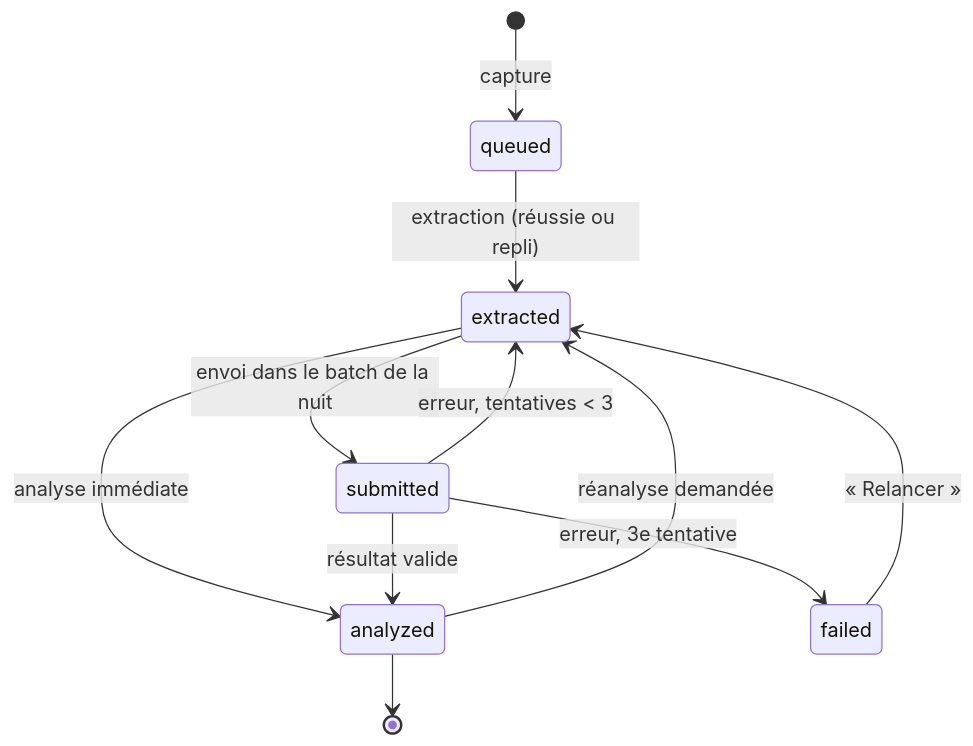
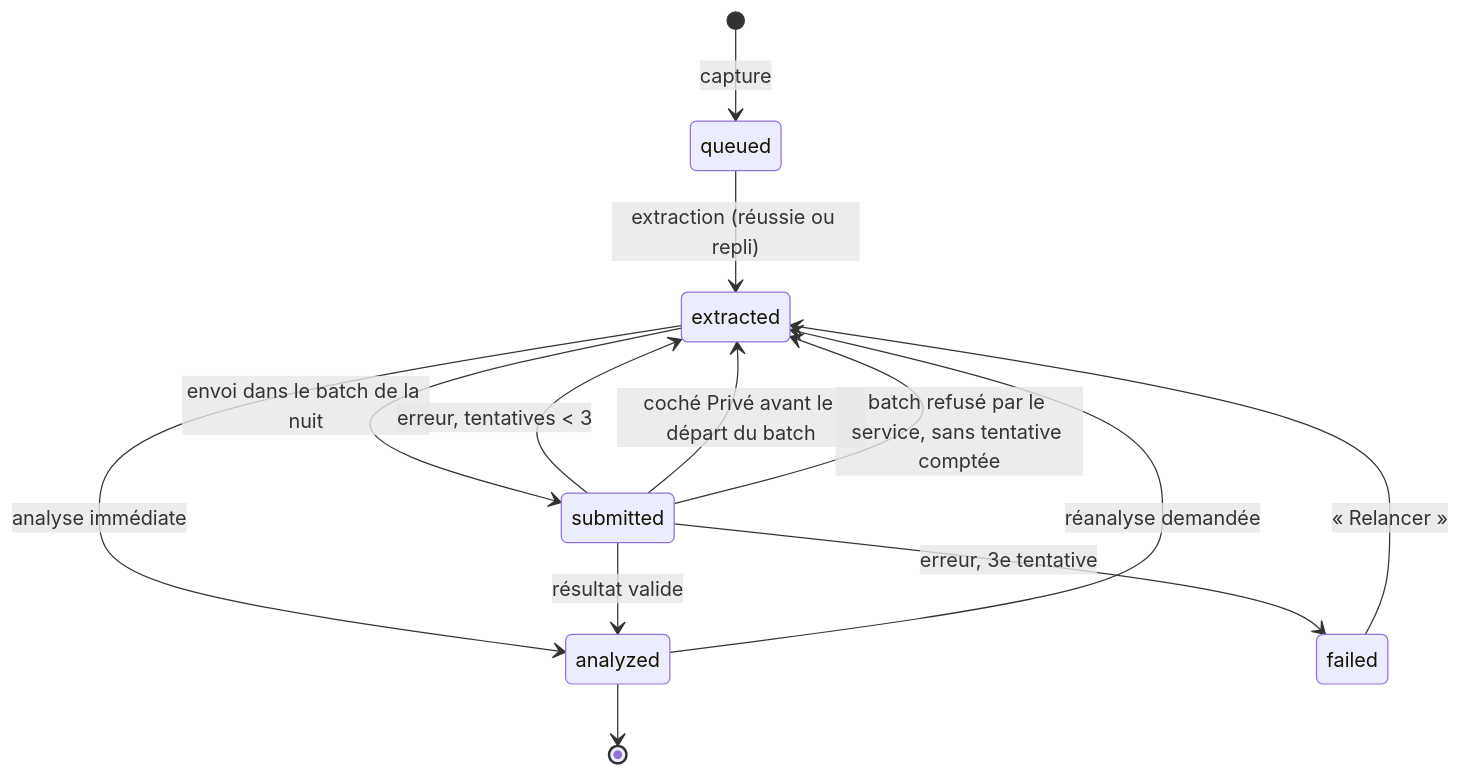
One commit to ghislain95/hippo changed the first of 2 diagrams in docs/metier.md. Above: the diagram before and after it, drawn with Mermaid. The commit also changed other lines of this file and 7 other files, not shown here.

````diff
--- a/docs/metier.md
+++ b/docs/metier.md
@@ -78,13 +78,15 @@
 ```mermaid
 stateDiagram-v2
     [*] --> queued : capture
     queued --> extracted : extraction (réussie ou repli)
     extracted --> submitted : envoi dans le batch de la nuit
     extracted --> analyzed : analyse immédiate
     submitted --> analyzed : résultat valide
     submitted --> extracted : erreur, tentatives < 3
+    submitted --> extracted : coché Privé avant le départ du batch
+    submitted --> extracted : batch refusé par le service, sans tentative comptée
     submitted --> failed : erreur, 3e tentative
     failed --> extracted : « Relancer »
     analyzed --> extracted : réanalyse demandée
     analyzed --> [*]
 ```
````
